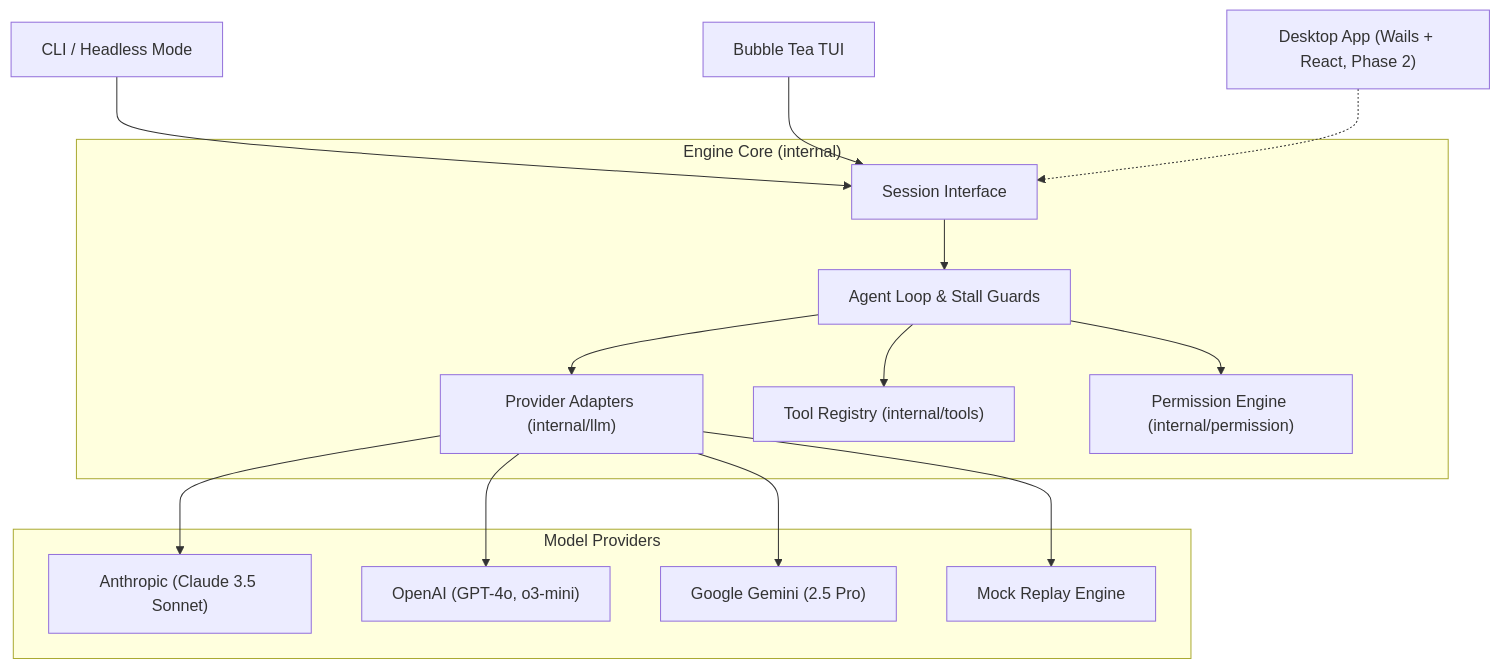
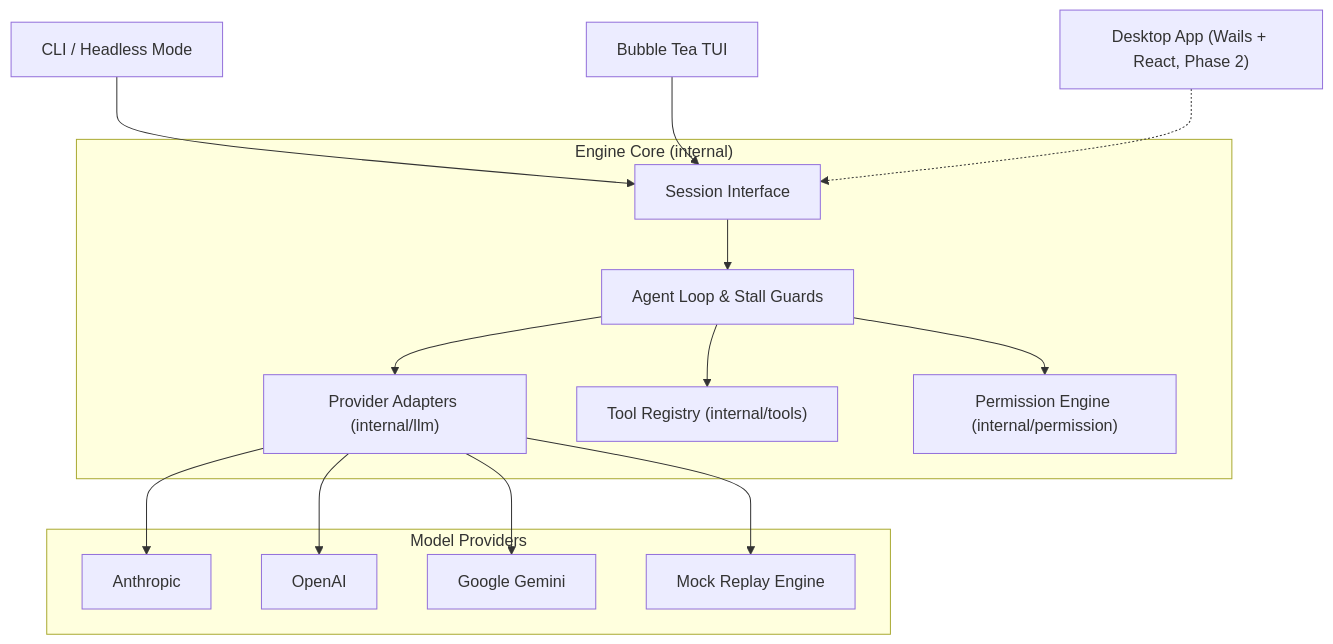
One commit to ayushpatil0810/forge changed the diagram in README.md. Above: the diagram before and after it, drawn with Mermaid. The commit also changed other lines of this file and 24 other files, not shown here.

````diff
--- a/README.md
+++ b/README.md
@@ -50,35 +50,35 @@
 ```mermaid
 graph TD
     CLI["CLI / Headless Mode"]
     TUI["Bubble Tea TUI"]
     Desktop["Desktop App (Wails + React, Phase 2)"]
 
     subgraph Core ["Engine Core (internal)"]
         Session["Session Interface"]
         Loop["Agent Loop & Stall Guards"]
         LLM["Provider Adapters (internal/llm)"]
         Tools["Tool Registry (internal/tools)"]
         Perm["Permission Engine (internal/permission)"]
     end
 
     subgraph Providers ["Model Providers"]
-        Anthropic["Anthropic (Claude 3.5 Sonnet)"]
-        OpenAI["OpenAI (GPT-4o, o3-mini)"]
-        Gemini["Google Gemini (2.5 Pro)"]
+        Anthropic["Anthropic"]
+        OpenAI["OpenAI"]
+        Gemini["Google Gemini"]
         Mock["Mock Replay Engine"]
     end
 
     CLI --> Session
     TUI --> Session
     Desktop -.-> Session
 
     Session --> Loop
     Loop --> LLM
     Loop --> Tools
     Loop --> Perm
 
     LLM --> Anthropic
     LLM --> OpenAI
     LLM --> Gemini
     LLM --> Mock
 ```
````
